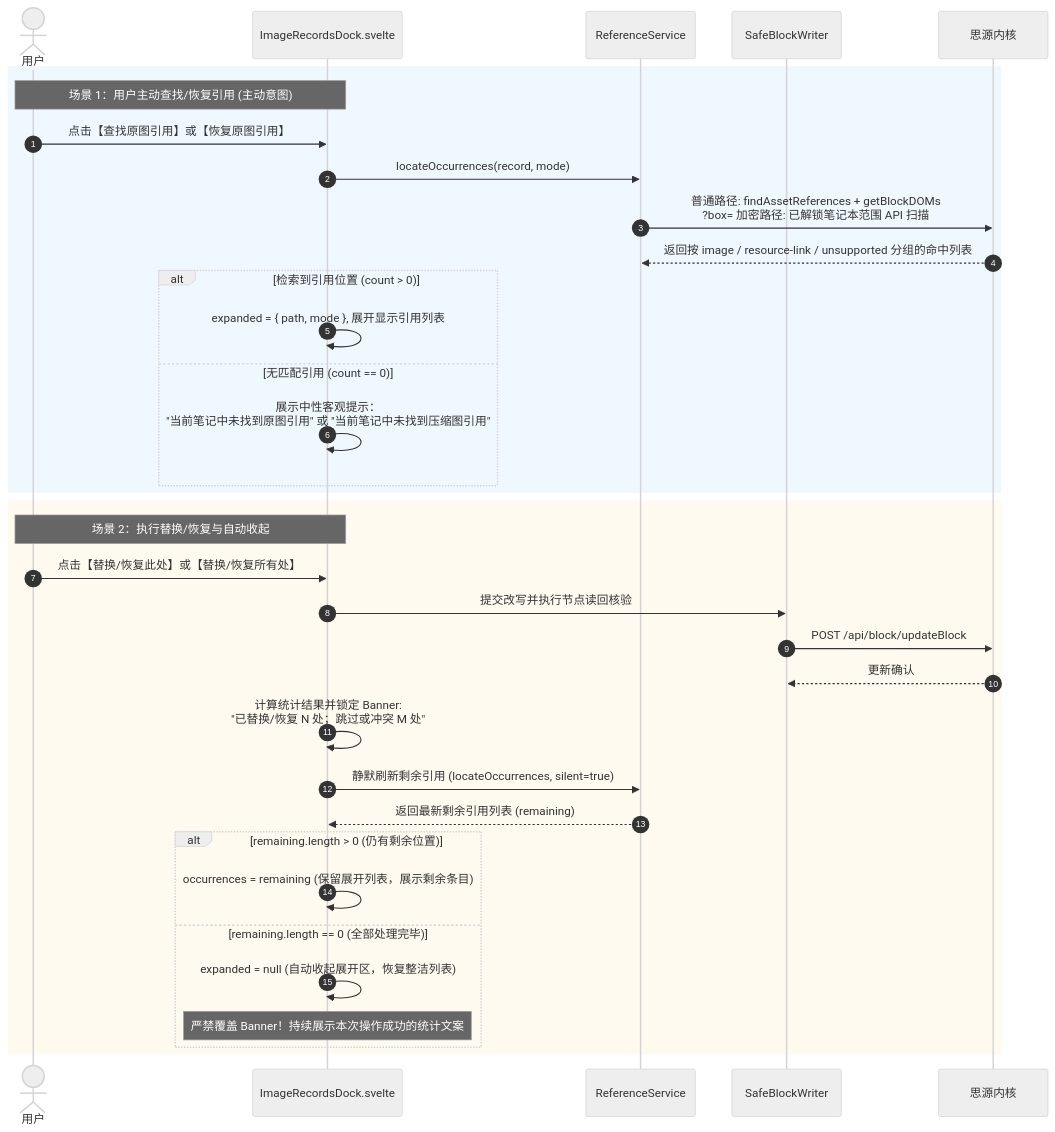
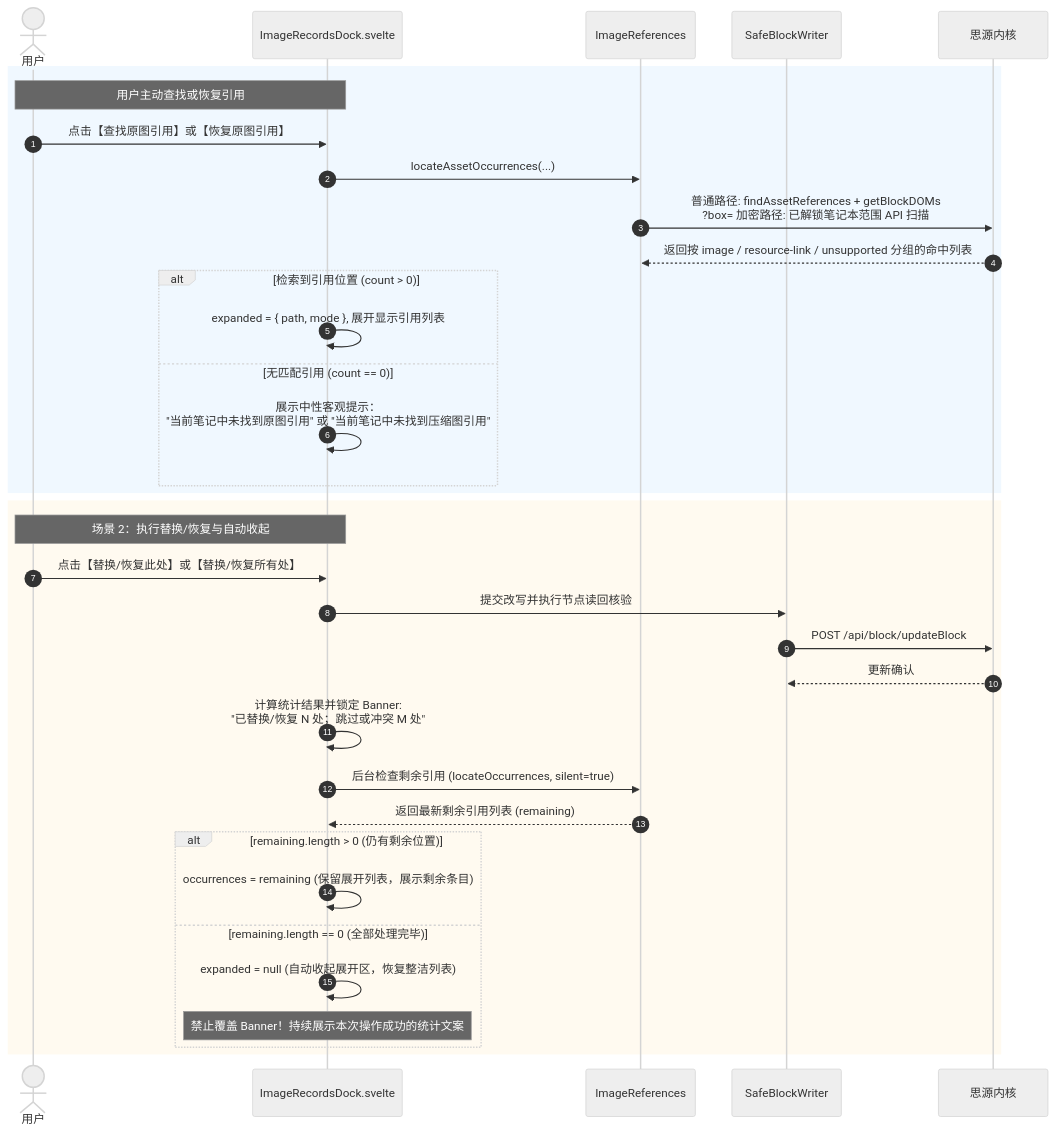
One commit to Forgo7ten/siyuan-plugin-omnikit changed the fifth of 7 diagrams in docs/ARCHITECTURE.md. Above: the diagram before and after it, drawn with Mermaid (neutral theme). The commit also changed other lines of this file and 42 other files, not shown here.

````diff
--- a/docs/ARCHITECTURE.md
+++ b/docs/ARCHITECTURE.md
@@ -627,39 +756,39 @@
 ```mermaid
 sequenceDiagram
     autonumber
     actor User as 用户
     participant Dock as ImageRecordsDock.svelte
-    participant Ref as ReferenceService
+    participant Ref as ImageReferences
     participant Writer as SafeBlockWriter
     participant Host as 思源内核
 
     rect rgb(240, 248, 255)
-    Note over User,Dock: 场景 1：用户主动查找/恢复引用 (主动意图)
+    Note over User,Dock: 用户主动查找或恢复引用
     User->>Dock: 点击【查找原图引用】或【恢复原图引用】
-    Dock->>Ref: locateOccurrences(record, mode)
+    Dock->>Ref: locateAssetOccurrences(...)
     Ref->>Host: 普通路径: findAssetReferences + getBlockDOMs<br/>?box= 加密路径: 已解锁笔记本范围 API 扫描
     Host-->>Ref: 返回按 image / resource-link / unsupported 分组的命中列表
     alt 检索到引用位置 (count > 0)
         Dock->>Dock: expanded = { path, mode }, 展开显示引用列表
     else 无匹配引用 (count == 0)
         Dock->>Dock: 展示中性客观提示：<br/>"当前笔记中未找到原图引用" 或 "当前笔记中未找到压缩图引用"
     end
     end
 
     rect rgb(255, 250, 240)
     Note over User,Dock: 场景 2：执行替换/恢复与自动收起
     User->>Dock: 点击【替换/恢复此处】或【替换/恢复所有处】
     Dock->>Writer: 提交改写并执行节点读回核验
     Writer->>Host: POST /api/block/updateBlock
     Host-->>Writer: 更新确认
     Dock->>Dock: 计算统计结果并锁定 Banner: <br/>"已替换/恢复 N 处；跳过或冲突 M 处"
-    Dock->>Ref: 静默刷新剩余引用 (locateOccurrences, silent=true)
+    Dock->>Ref: 后台检查剩余引用 (locateOccurrences, silent=true)
     Ref-->>Dock: 返回最新剩余引用列表 (remaining)
     alt remaining.length > 0 (仍有剩余位置)
         Dock->>Dock: occurrences = remaining (保留展开列表，展示剩余条目)
     else remaining.length == 0 (全部处理完毕)
         Dock->>Dock: expanded = null (自动收起展开区，恢复整洁列表)
-        Note over Dock: 严禁覆盖 Banner！持续展示本次操作成功的统计文案
+        Note over Dock: 禁止覆盖 Banner！持续展示本次操作成功的统计文案
     end
     end
 ```
````
